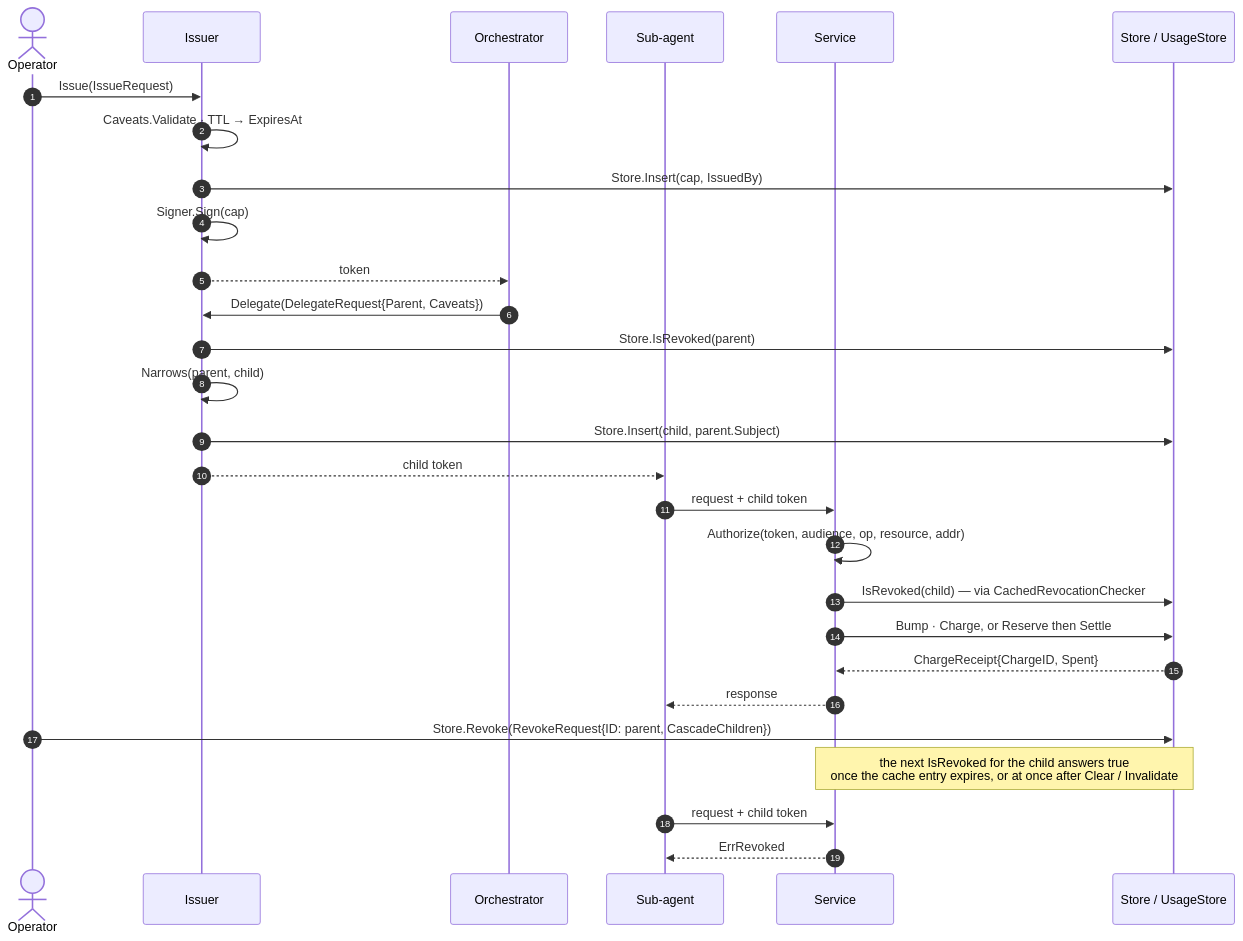
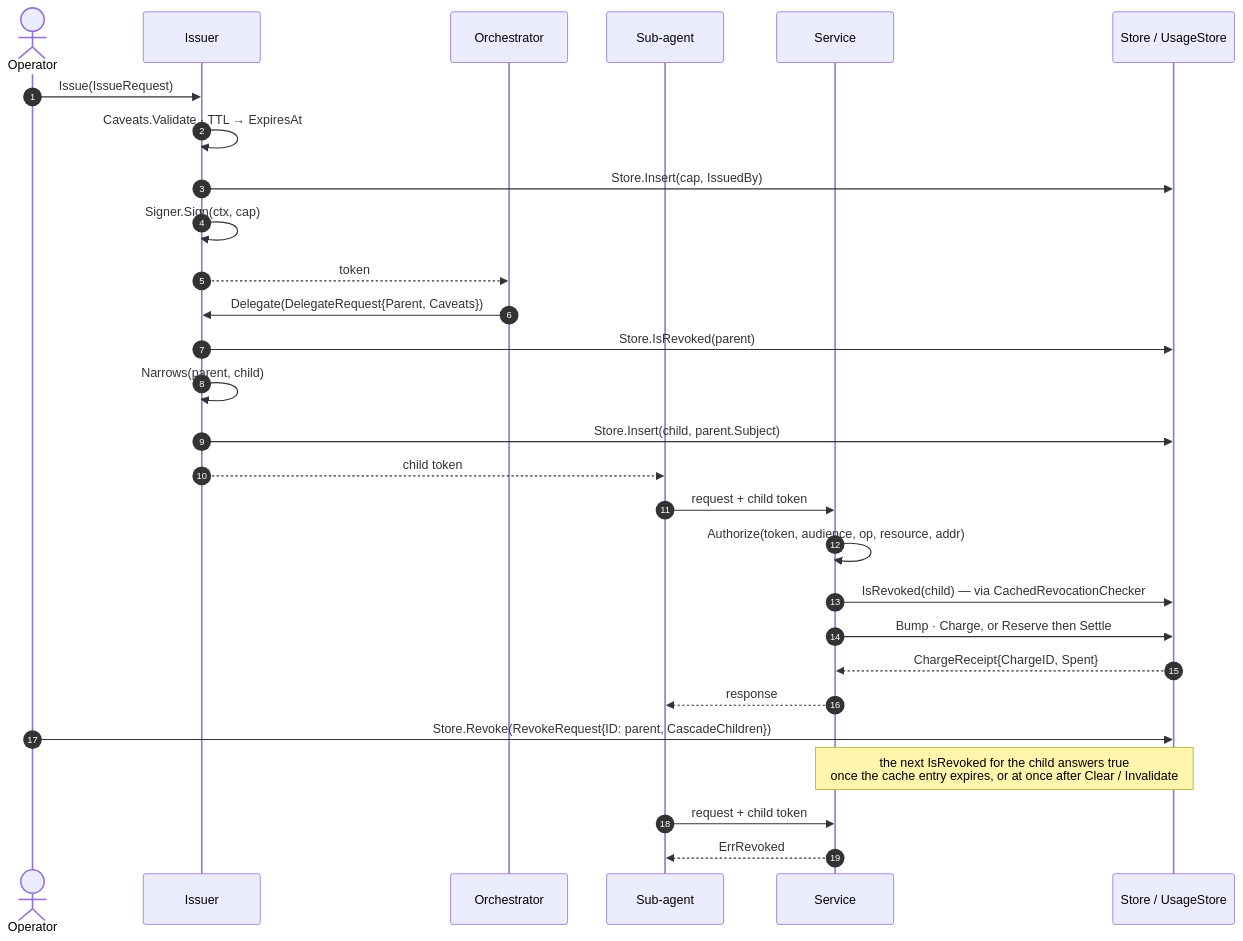
Before and after one commit to oleg-tkachuk/limes: the second of 10 diagrams in docs/diagrams.md, drawn with Mermaid. The commit also changed other lines of this file and 10 other files, not shown here.

First line of the commit message:
feat(signer)!: sign under the caller's context

````diff
--- a/docs/diagrams.md
+++ b/docs/diagrams.md
@@ -105,34 +105,34 @@
 ```mermaid
 sequenceDiagram
     autonumber
     actor Op as Operator
     participant I as Issuer
     participant O as Orchestrator
     participant W as Sub-agent
     participant S as Service
     participant St as Store / UsageStore
 
     Op->>I: Issue(IssueRequest)
     I->>I: Caveats.Validate · TTL → ExpiresAt
     I->>St: Store.Insert(cap, IssuedBy)
-    I->>I: Signer.Sign(cap)
+    I->>I: Signer.Sign(ctx, cap)
     I-->>O: token
 
     O->>I: Delegate(DelegateRequest{Parent, Caveats})
     I->>St: Store.IsRevoked(parent)
     I->>I: Narrows(parent, child)
     I->>St: Store.Insert(child, parent.Subject)
     I-->>W: child token
 
     W->>S: request + child token
     S->>S: Authorize(token, audience, op, resource, addr)
     S->>St: IsRevoked(child) — via CachedRevocationChecker
     S->>St: Bump · Charge, or Reserve then Settle
     St-->>S: ChargeReceipt{ChargeID, Spent}
     S-->>W: response
 
     Op->>St: Store.Revoke(RevokeRequest{ID: parent, CascadeChildren})
     Note over S,St: the next IsRevoked for the child answers true<br/>once the cache entry expires, or at once after Clear / Invalidate
     W->>S: request + child token
     S-->>W: ErrRevoked
 ```
````
